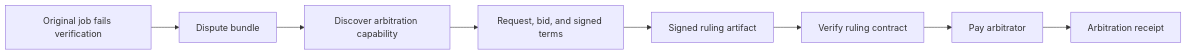
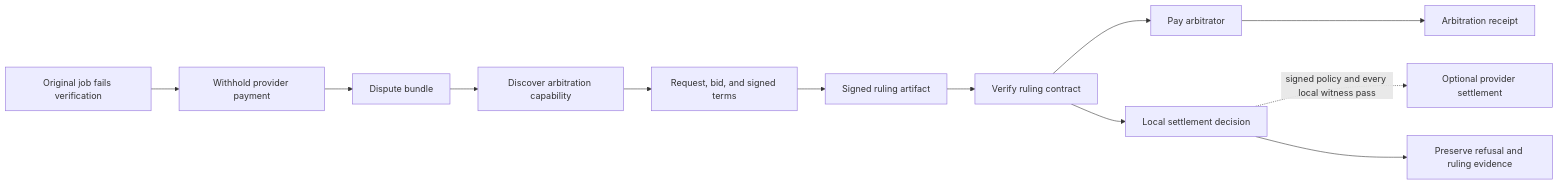
One commit to 0xgleb/agentopoly changed the fourth of 4 diagrams in docs/architecture.md. Above: the diagram before and after it, drawn with Mermaid. The commit also changed other lines of this file and 12 other files, not shown here.

````diff
--- a/docs/architecture.md
+++ b/docs/architecture.md
@@ -115,4 +125,7 @@
 ```mermaid
 flowchart LR
-  FailedVerification["Original job fails verification"] --> DisputeBundle["Dispute bundle"] --> DiscoverArbitrator["Discover arbitration capability"] --> ArbitrationTerms["Request, bid, and signed terms"] --> Ruling["Signed ruling artifact"] --> VerifyRuling["Verify ruling contract"] --> PayArbitrator["Pay arbitrator"] --> ArbitrationReceipt["Arbitration receipt"]
+  FailedVerification["Original job fails verification"] --> WithholdProvider["Withhold provider payment"] --> DisputeBundle["Dispute bundle"] --> DiscoverArbitrator["Discover arbitration capability"] --> ArbitrationTerms["Request, bid, and signed terms"] --> Ruling["Signed ruling artifact"] --> VerifyRuling["Verify ruling contract"] --> PayArbitrator["Pay arbitrator"] --> ArbitrationReceipt["Arbitration receipt"]
+  VerifyRuling --> LocalSettlementDecision["Local settlement decision"]
+  LocalSettlementDecision -. "signed policy and every local witness pass" .-> ProviderSettlement["Optional provider settlement"]
+  LocalSettlementDecision --> PreserveRefusal["Preserve refusal and ruling evidence"]
 ```
````
